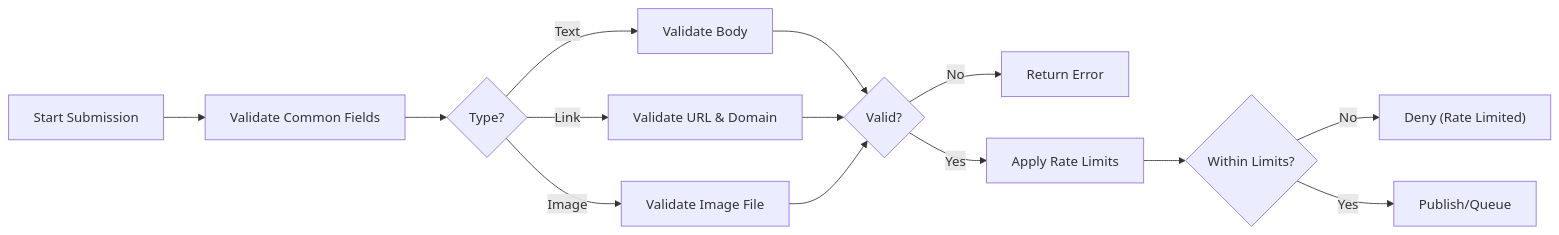
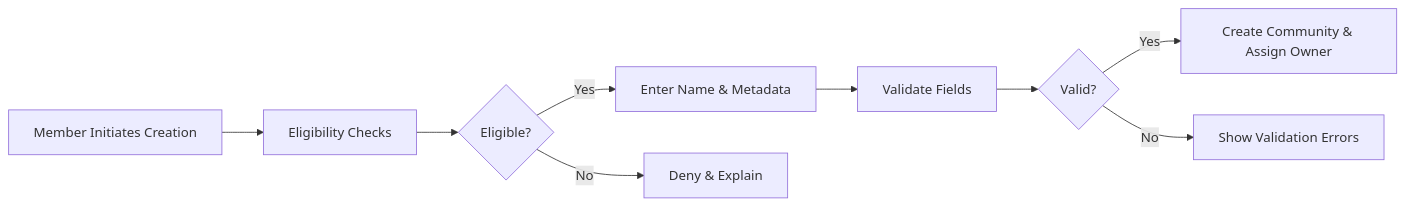
One commit to wrtnlabs/autobe-examples changed the second of 7 diagrams in openai/gpt-5/reddit/docs/analysis/02-communityPlatform-business-model.md. Above: the diagram before and after it, drawn with Mermaid. The commit also changed other lines of this file and 16146 other files, not shown here.

````diff
--- a/openai/gpt-5/reddit/docs/analysis/02-communityPlatform-business-model.md
+++ b/openai/gpt-5/reddit/docs/analysis/02-communityPlatform-business-model.md
@@ -124,16 +69,11 @@
 ```mermaid
 graph LR
-  A["Start Submission"] --> B["Validate Common Fields"]
-  B --> C{"Type?"}
-  C -->|"Text"| D["Validate Body"]
-  C -->|"Link"| E["Validate URL & Domain"]
-  C -->|"Image"| F["Validate Image File"]
-  D --> G{"Valid?"}
-  E --> G
-  F --> G
-  G -->|"No"| X["Return Error"]
-  G -->|"Yes"| H["Apply Rate Limits"]
-  H --> I{"Within Limits?"}
-  I -->|"No"| Y["Deny (Rate Limited)"]
-  I -->|"Yes"| J["Publish/Queue"]
+  A["Member Initiates Creation"] --> B["Eligibility Checks"]
+  B --> C{"Eligible?"}
+  C -->|"Yes"| D["Enter Name & Metadata"]
+  D --> E["Validate Fields"]
+  E --> F{"Valid?"}
+  F -->|"Yes"| G["Create Community & Assign Owner"]
+  F -->|"No"| H["Show Validation Errors"]
+  C -->|"No"| I["Deny & Explain"]
 ```
````
